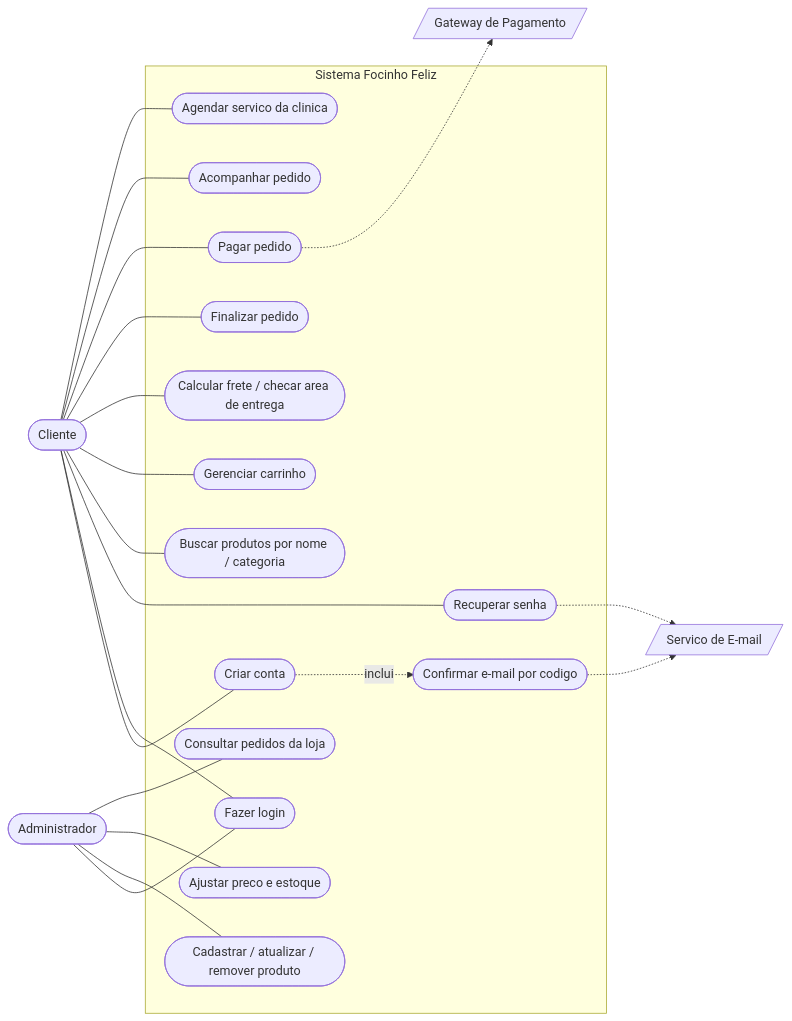
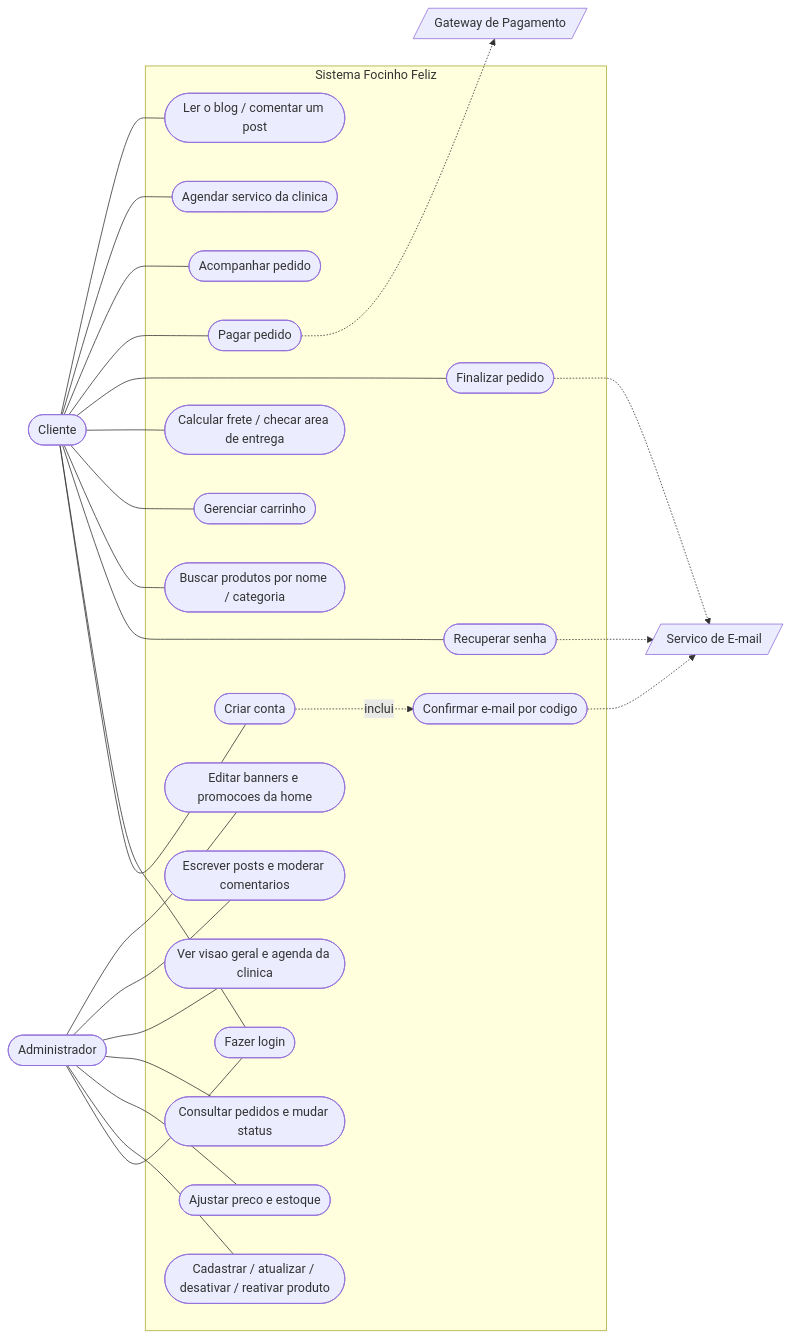
One commit to Endrigo413/focinho-feliz-petshop changed the second of 4 diagrams in docs/DOCUMENTACAO.md. Above: the diagram before and after it, drawn with Mermaid. The commit also changed other lines of this file and 7 other files, not shown here.

````diff
--- a/docs/DOCUMENTACAO.md
+++ b/docs/DOCUMENTACAO.md
@@ -259,31 +301,36 @@
 ```mermaid
 flowchart LR
   CLI(["Cliente"])
   ADM(["Administrador"])
   PAY[/"Gateway de Pagamento"/]
   MAIL[/"Servico de E-mail"/]
 
   subgraph SIS["Sistema Focinho Feliz"]
     U1(["Criar conta"])
     U2(["Confirmar e-mail por codigo"])
     U3(["Fazer login"])
     U4(["Recuperar senha"])
     U5(["Buscar produtos por nome / categoria"])
     U6(["Gerenciar carrinho"])
     U7(["Calcular frete / checar area de entrega"])
     U8(["Finalizar pedido"])
     U9(["Pagar pedido"])
     U10(["Acompanhar pedido"])
     U11(["Agendar servico da clinica"])
-    U12(["Cadastrar / atualizar / remover produto"])
-    U13(["Ajustar preco e estoque"])
-    U14(["Consultar pedidos da loja"])
+    U12(["Ler o blog / comentar um post"])
+    U13(["Cadastrar / atualizar / desativar / reativar produto"])
+    U14(["Ajustar preco e estoque"])
+    U15(["Consultar pedidos e mudar status"])
+    U16(["Ver visao geral e agenda da clinica"])
+    U17(["Escrever posts e moderar comentarios"])
+    U18(["Editar banners e promocoes da home"])
   end
 
-  CLI --- U1 & U3 & U4 & U5 & U6 & U7 & U8 & U9 & U10 & U11
-  ADM --- U3 & U12 & U13 & U14
+  CLI --- U1 & U3 & U4 & U5 & U6 & U7 & U8 & U9 & U10 & U11 & U12
+  ADM --- U3 & U13 & U14 & U15 & U16 & U17 & U18
   U1 -. inclui .-> U2
   U2 -.-> MAIL
   U4 -.-> MAIL
+  U8 -.-> MAIL
   U9 -.-> PAY
 ```
````
